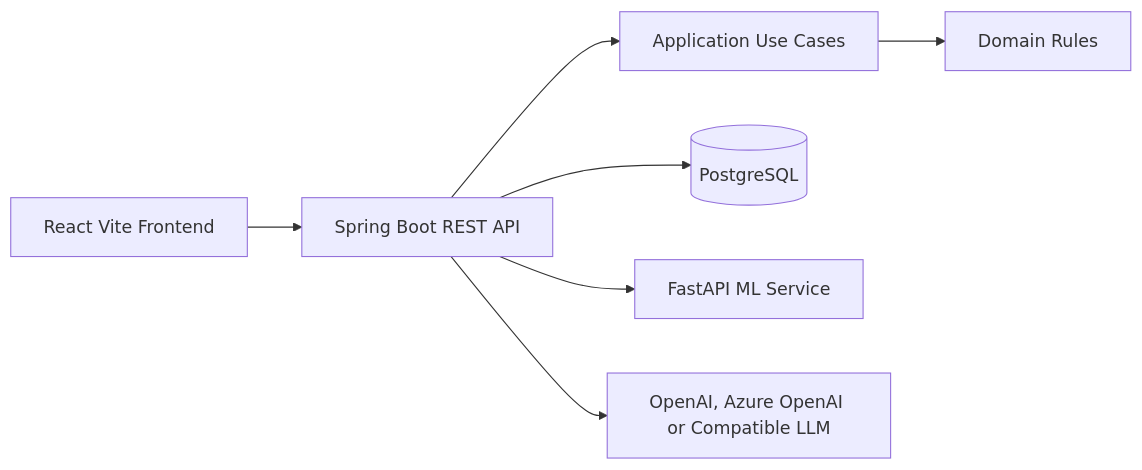
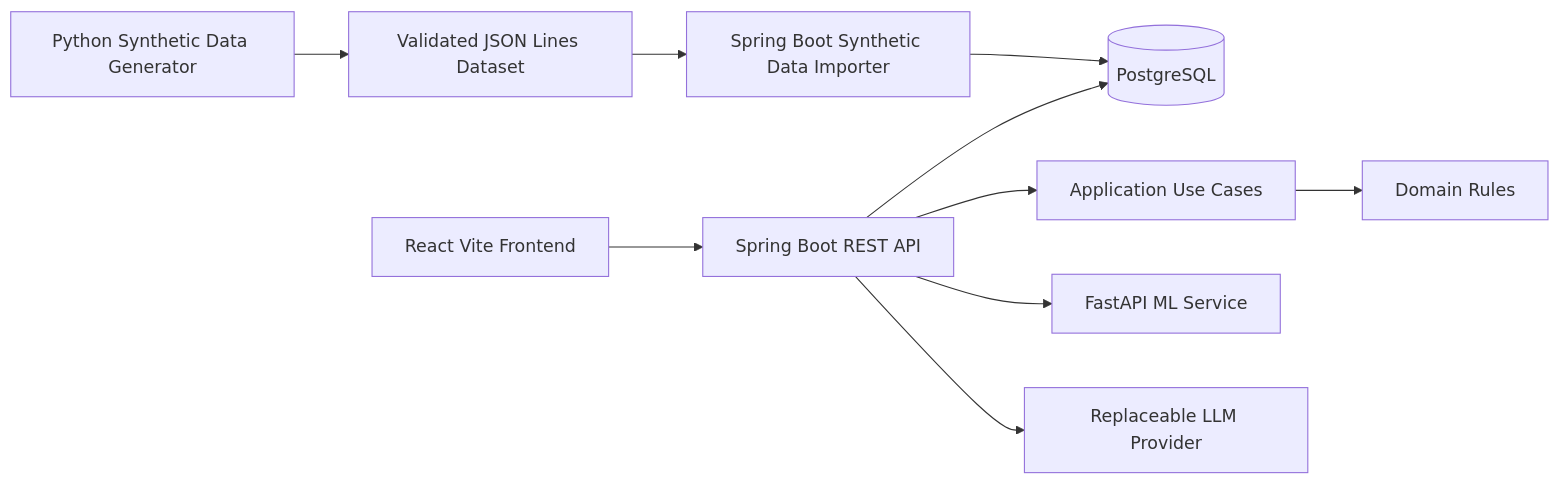
The first of 2 diagrams in championsclub/docs/architecture.md (denys123456/munca), drawn with Mermaid before and after one commit. The commit also changed other lines of this file and 444 other files, not shown here.

````diff
--- a/championsclub/docs/architecture.md
+++ b/championsclub/docs/architecture.md
@@ -5,9 +5,12 @@
 ```mermaid
 flowchart LR
+    Generator[Python Synthetic Data Generator] --> Dataset[Validated JSON Lines Dataset]
+    Dataset --> Importer[Spring Boot Synthetic Data Importer]
+    Importer --> PostgreSQL[(PostgreSQL)]
     React[React Vite Frontend] --> Spring[Spring Boot REST API]
     Spring --> Application[Application Use Cases]
     Application --> Domain[Domain Rules]
-    Spring --> PostgreSQL[(PostgreSQL)]
+    Spring --> PostgreSQL
     Spring --> ML[FastAPI ML Service]
-    Spring --> LLM[OpenAI, Azure OpenAI or Compatible LLM]
+    Spring --> LLM[Replaceable LLM Provider]
 ```
````
